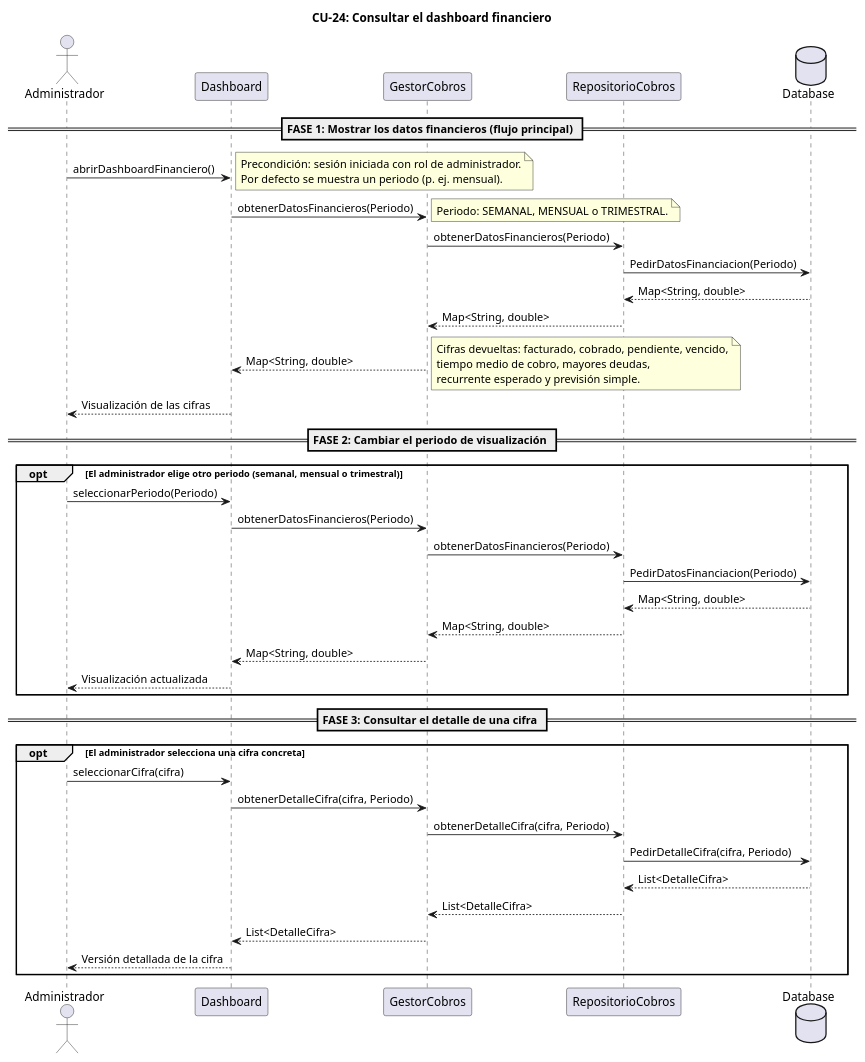
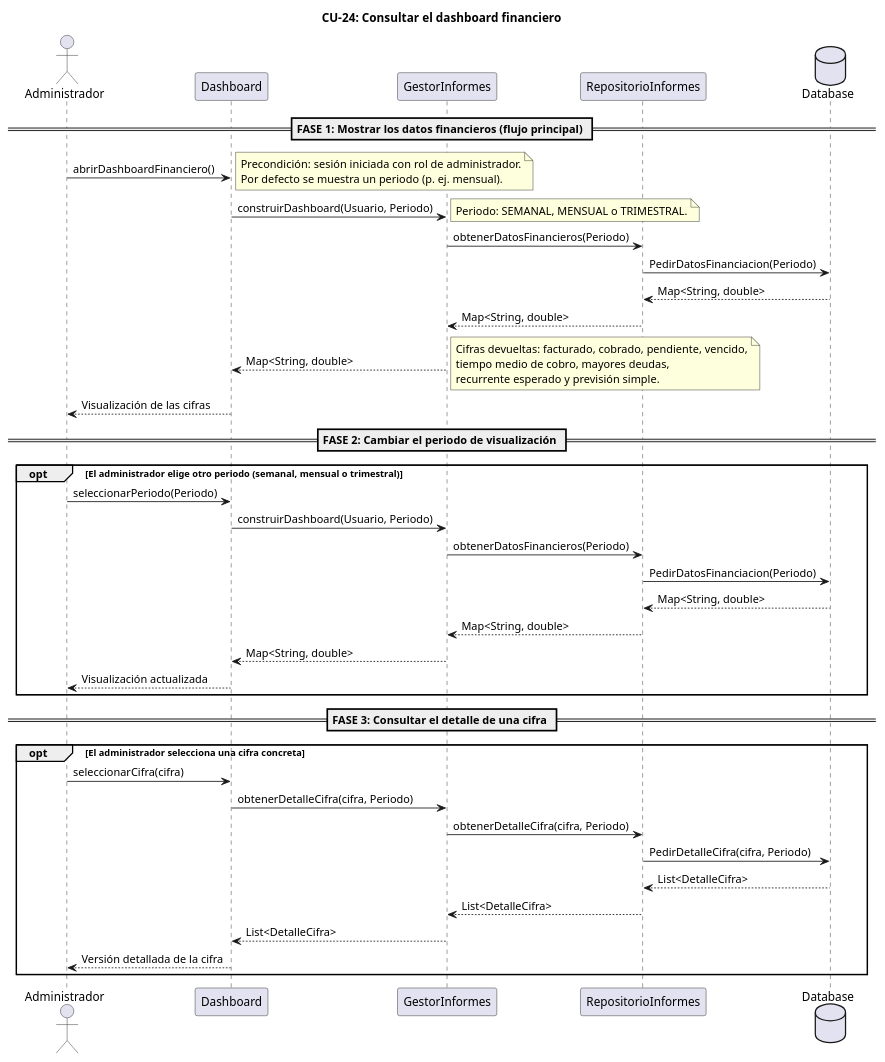
The diagram in entrega2/diagramas/secuencias/CU-24.puml (Vertossse/Elefantes), drawn with PlantUML before and after one commit. The commit also changed 2 other files, not shown here.

```diff
--- a/entrega2/diagramas/secuencias/CU-24.puml
+++ b/entrega2/diagramas/secuencias/CU-24.puml
@@ -1,57 +1,57 @@
 @startuml
 title CU-24: Consultar el dashboard financiero
 
 actor Administrador
 participant Dashboard
-participant GestorCobros
-participant RepositorioCobros
+participant GestorInformes
+participant RepositorioInformes
 database Database
 
 == FASE 1: Mostrar los datos financieros (flujo principal) ==
 Administrador -> Dashboard : abrirDashboardFinanciero()
 note right
 Precondición: sesión iniciada con rol de administrador.
 Por defecto se muestra un periodo (p. ej. mensual).
 end note
 
-Dashboard -> GestorCobros : obtenerDatosFinancieros(Periodo)
+Dashboard -> GestorInformes : construirDashboard(Usuario, Periodo)
 note right
 Periodo: SEMANAL, MENSUAL o TRIMESTRAL.
 end note
-GestorCobros -> RepositorioCobros : obtenerDatosFinancieros(Periodo)
-RepositorioCobros -> Database : PedirDatosFinanciacion(Periodo)
-Database --> RepositorioCobros : Map<String, double>
-RepositorioCobros --> GestorCobros : Map<String, double>
-GestorCobros --> Dashboard : Map<String, double>
+GestorInformes -> RepositorioInformes : obtenerDatosFinancieros(Periodo)
+RepositorioInformes -> Database : PedirDatosFinanciacion(Periodo)
+Database --> RepositorioInformes : Map<String, double>
+RepositorioInformes --> GestorInformes : Map<String, double>
+GestorInformes --> Dashboard : Map<String, double>
 note right
 Cifras devueltas: facturado, cobrado, pendiente, vencido,
 tiempo medio de cobro, mayores deudas,
 recurrente esperado y previsión simple.
 end note
 Dashboard --> Administrador : Visualización de las cifras
 
 == FASE 2: Cambiar el periodo de visualización ==
 opt El administrador elige otro periodo (semanal, mensual o trimestral)
   Administrador -> Dashboard : seleccionarPeriodo(Periodo)
-  Dashboard -> GestorCobros : obtenerDatosFinancieros(Periodo)
-  GestorCobros -> RepositorioCobros : obtenerDatosFinancieros(Periodo)
-  RepositorioCobros -> Database : PedirDatosFinanciacion(Periodo)
-  Database --> RepositorioCobros : Map<String, double>
-  RepositorioCobros --> GestorCobros : Map<String, double>
-  GestorCobros --> Dashboard : Map<String, double>
+  Dashboard -> GestorInformes : construirDashboard(Usuario, Periodo)
+  GestorInformes -> RepositorioInformes : obtenerDatosFinancieros(Periodo)
+  RepositorioInformes -> Database : PedirDatosFinanciacion(Periodo)
+  Database --> RepositorioInformes : Map<String, double>
+  RepositorioInformes --> GestorInformes : Map<String, double>
+  GestorInformes --> Dashboard : Map<String, double>
   Dashboard --> Administrador : Visualización actualizada
 end
 
 == FASE 3: Consultar el detalle de una cifra ==
 opt El administrador selecciona una cifra concreta
   Administrador -> Dashboard : seleccionarCifra(cifra)
-  Dashboard -> GestorCobros : obtenerDetalleCifra(cifra, Periodo)
-  GestorCobros -> RepositorioCobros : obtenerDetalleCifra(cifra, Periodo)
-  RepositorioCobros -> Database : PedirDetalleCifra(cifra, Periodo)
-  Database --> RepositorioCobros : List<DetalleCifra>
-  RepositorioCobros --> GestorCobros : List<DetalleCifra>
-  GestorCobros --> Dashboard : List<DetalleCifra>
+  Dashboard -> GestorInformes : obtenerDetalleCifra(cifra, Periodo)
+  GestorInformes -> RepositorioInformes : obtenerDetalleCifra(cifra, Periodo)
+  RepositorioInformes -> Database : PedirDetalleCifra(cifra, Periodo)
+  Database --> RepositorioInformes : List<DetalleCifra>
+  RepositorioInformes --> GestorInformes : List<DetalleCifra>
+  GestorInformes --> Dashboard : List<DetalleCifra>
   Dashboard --> Administrador : Versión detallada de la cifra
 end
 
 @enduml
```
